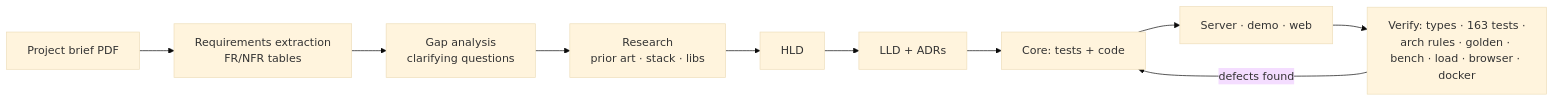
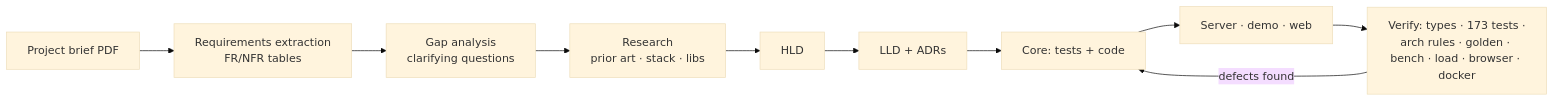
The diagram in docs/ai-process/process.md (SarthakB11/gamenotify), drawn with Mermaid (base theme) before and after one commit. The commit also changed 3 other files, not shown here.

````diff
--- a/docs/ai-process/process.md
+++ b/docs/ai-process/process.md
@@ -7,12 +7,12 @@
 ```mermaid
 flowchart LR
   A[Project brief PDF] --> B[Requirements extraction<br/>FR/NFR tables]
   B --> C[Gap analysis<br/>clarifying questions]
   C --> D[Research<br/>prior art · stack · libs]
   D --> E[HLD]
   E --> F[LLD + ADRs]
   F --> G[Core: tests + code]
   G --> H[Server · demo · web]
-  H --> I[Verify: types · 163 tests ·<br/>arch rules · golden · bench · load · browser · docker]
+  H --> I[Verify: types · 173 tests ·<br/>arch rules · golden · bench · load · browser · docker]
   I -->|defects found| G
 ```
````
